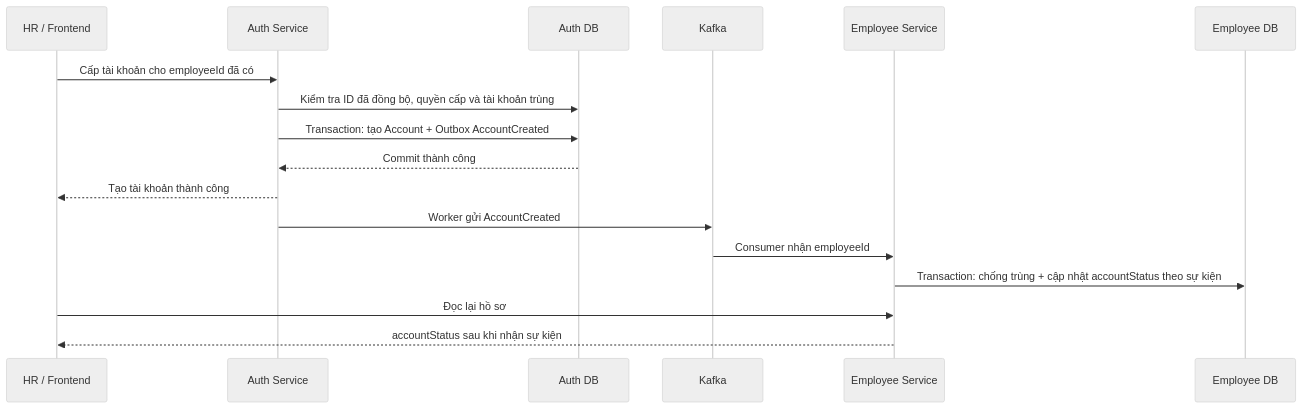
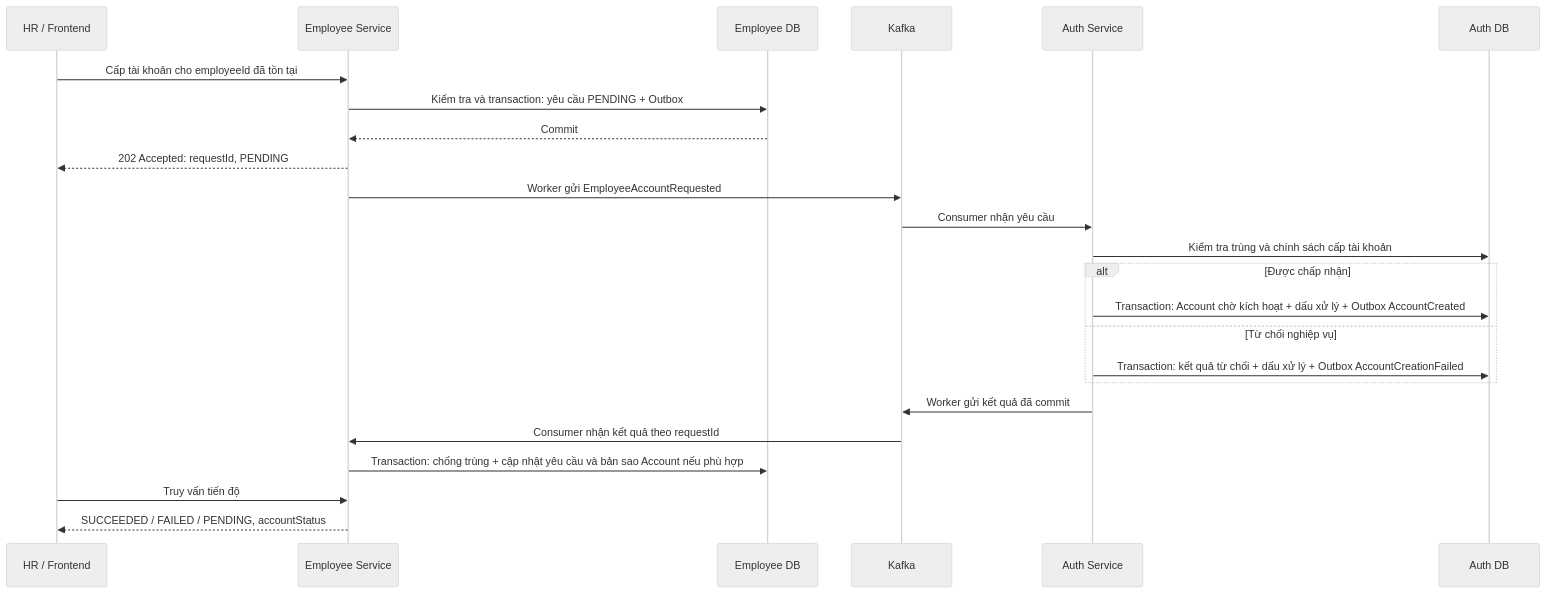
One commit to Harold-Luong/company-hrm changed the diagram in back-end/modules/EVENT-DRIVEN-GUIDE.md. Above: the diagram before and after it, drawn with Mermaid (neutral theme). The commit also changed other lines of this file and 4 other files, not shown here.

````diff
--- a/back-end/modules/EVENT-DRIVEN-GUIDE.md
+++ b/back-end/modules/EVENT-DRIVEN-GUIDE.md
@@ -55,20 +86,27 @@
 ```mermaid
 sequenceDiagram
-    participant HR as HR / Frontend
+    participant UI as HR / Frontend
+    participant E as Employee Service
+    participant ED as Employee DB
+    participant K as Kafka
     participant A as Auth Service
     participant AD as Auth DB
-    participant K as Kafka
-    participant E as Employee Service
-    participant ED as Employee DB
 
-    HR->>A: Cấp tài khoản cho employeeId đã có
-    A->>AD: Kiểm tra ID đã đồng bộ, quyền cấp và tài khoản trùng
-    A->>AD: Transaction: tạo Account + Outbox AccountCreated
-    AD-->>A: Commit thành công
-    A-->>HR: Tạo tài khoản thành công
-    A->>K: Worker gửi AccountCreated
-    K->>E: Consumer nhận employeeId
-    E->>ED: Transaction: chống trùng + cập nhật accountStatus theo sự kiện
-    HR->>E: Đọc lại hồ sơ
-    E-->>HR: accountStatus sau khi nhận sự kiện
+    UI->>E: Cấp tài khoản cho employeeId đã tồn tại
+    E->>ED: Kiểm tra và transaction: yêu cầu PENDING + Outbox
+    ED-->>E: Commit
+    E-->>UI: 202 Accepted: requestId, PENDING
+    E->>K: Worker gửi EmployeeAccountRequested
+    K->>A: Consumer nhận yêu cầu
+    A->>AD: Kiểm tra trùng và chính sách cấp tài khoản
+    alt Được chấp nhận
+        A->>AD: Transaction: Account chờ kích hoạt + dấu xử lý + Outbox AccountCreated
+    else Từ chối nghiệp vụ
+        A->>AD: Transaction: kết quả từ chối + dấu xử lý + Outbox AccountCreationFailed
+    end
+    A->>K: Worker gửi kết quả đã commit
+    K->>E: Consumer nhận kết quả theo requestId
+    E->>ED: Transaction: chống trùng + cập nhật yêu cầu và bản sao Account nếu phù hợp
+    UI->>E: Truy vấn tiến độ
+    E-->>UI: SUCCEEDED / FAILED / PENDING, accountStatus
 ```
````
